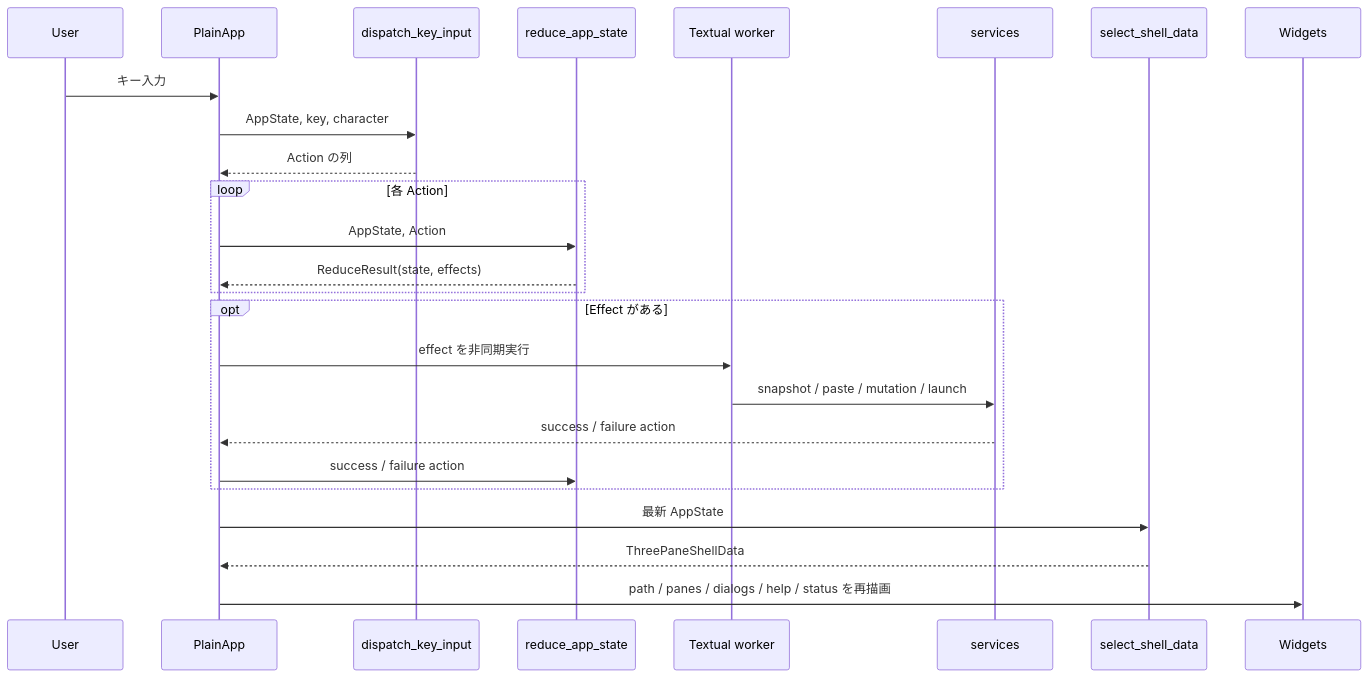
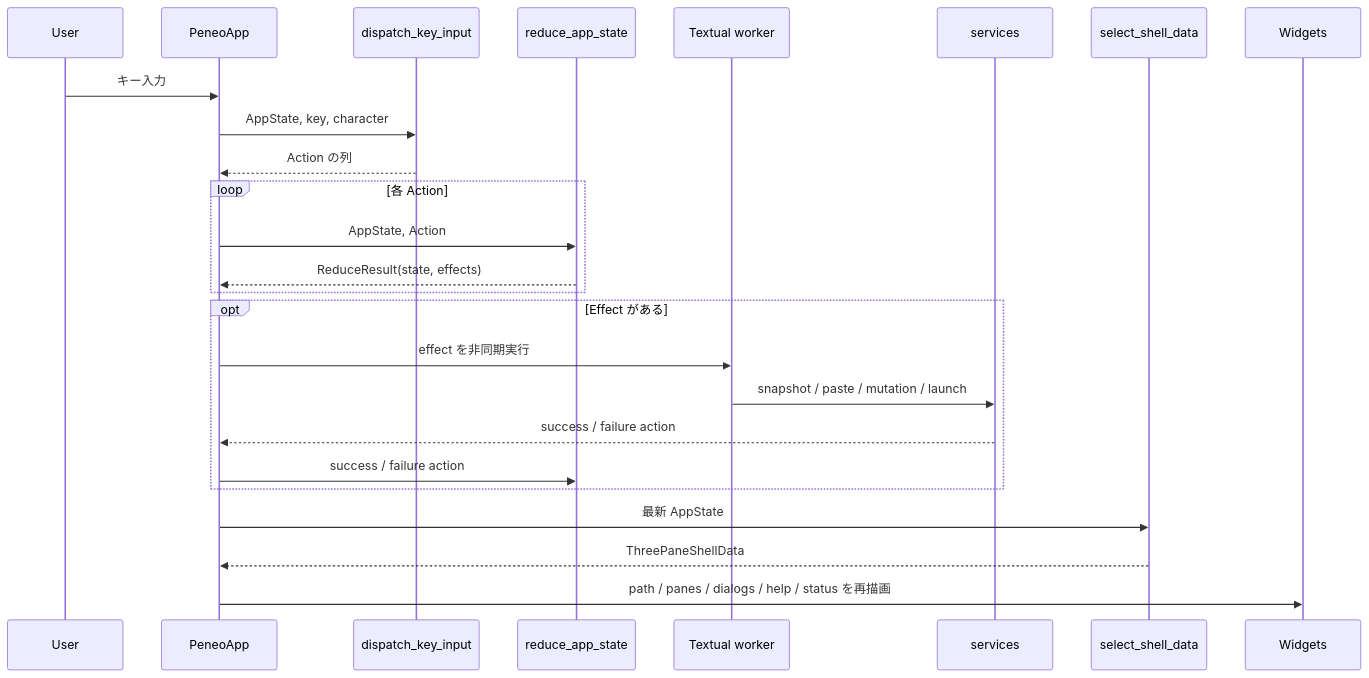
The second of 4 diagrams in docs/architecture.md (devgamesan/zivo), drawn with Mermaid before and after one commit. The commit also changed other lines of this file and 9 other files, not shown here.

````diff
--- a/docs/architecture.md
+++ b/docs/architecture.md
@@ -78,28 +78,28 @@
 ```mermaid
 sequenceDiagram
     participant User as User
-    participant App as PlainApp
+    participant App as PeneoApp
     participant Input as dispatch_key_input
     participant Reducer as reduce_app_state
     participant Worker as Textual worker
     participant Service as services
     participant Selector as select_shell_data
     participant UI as Widgets
 
     User->>App: キー入力
     App->>Input: AppState, key, character
     Input-->>App: Action の列
     loop 各 Action
         App->>Reducer: AppState, Action
         Reducer-->>App: ReduceResult(state, effects)
     end
     opt Effect がある
         App->>Worker: effect を非同期実行
         Worker->>Service: snapshot / paste / mutation / launch
         Service-->>App: success / failure action
         App->>Reducer: success / failure action
     end
     App->>Selector: 最新 AppState
     Selector-->>App: ThreePaneShellData
     App->>UI: path / panes / dialogs / help / status を再描画
 ```
````
